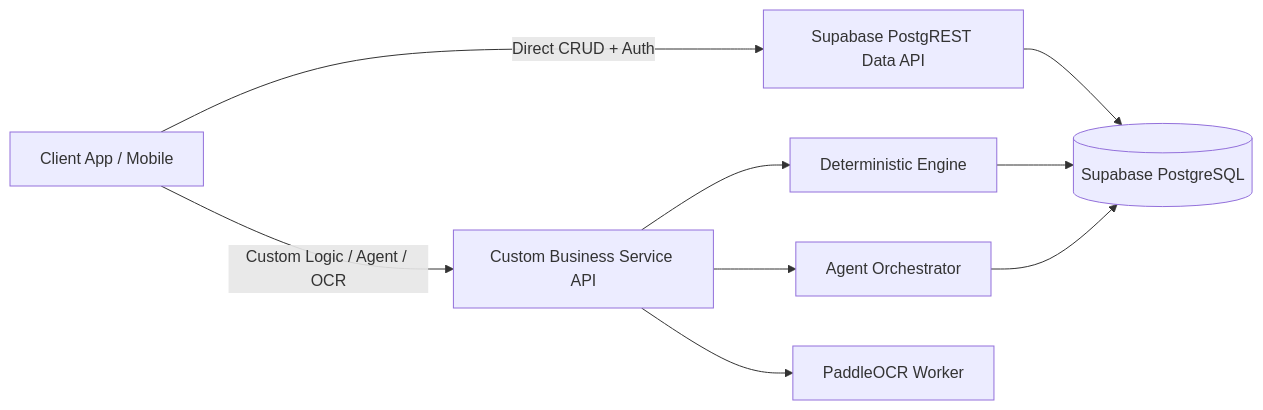
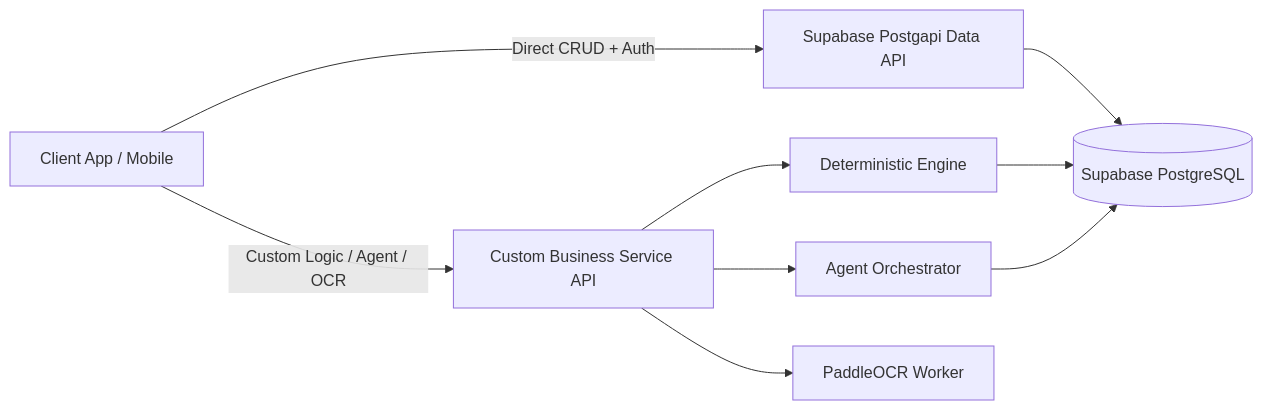
The diagram in docs/architecture/05_api_specification.md (kevamacal/Proyecto-nutricion-deportiva), drawn with Mermaid before and after one commit. The commit also changed other lines of this file and 4 other files, not shown here.

````diff
--- a/docs/architecture/05_api_specification.md
+++ b/docs/architecture/05_api_specification.md
@@ -10,13 +10,13 @@
 ```mermaid
 graph LR
-    Client[Client App / Mobile] -->|Direct CRUD + Auth| SupabaseAPI[Supabase PostgREST Data API]
+    Client[Client App / Mobile] -->|Direct CRUD + Auth| SupabaseAPI[Supabase Postgapi Data API]
     Client -->|Custom Logic / Agent / OCR| CustomAPI[Custom Business Service API]
     
     SupabaseAPI --> Postgres[(Supabase PostgreSQL)]
     CustomAPI --> DetEngine[Deterministic Engine]
     CustomAPI --> AgentOrchestrator[Agent Orchestrator]
     CustomAPI --> OCRWorker[PaddleOCR Worker]
     
     DetEngine --> Postgres
     AgentOrchestrator --> Postgres
 ```
````
